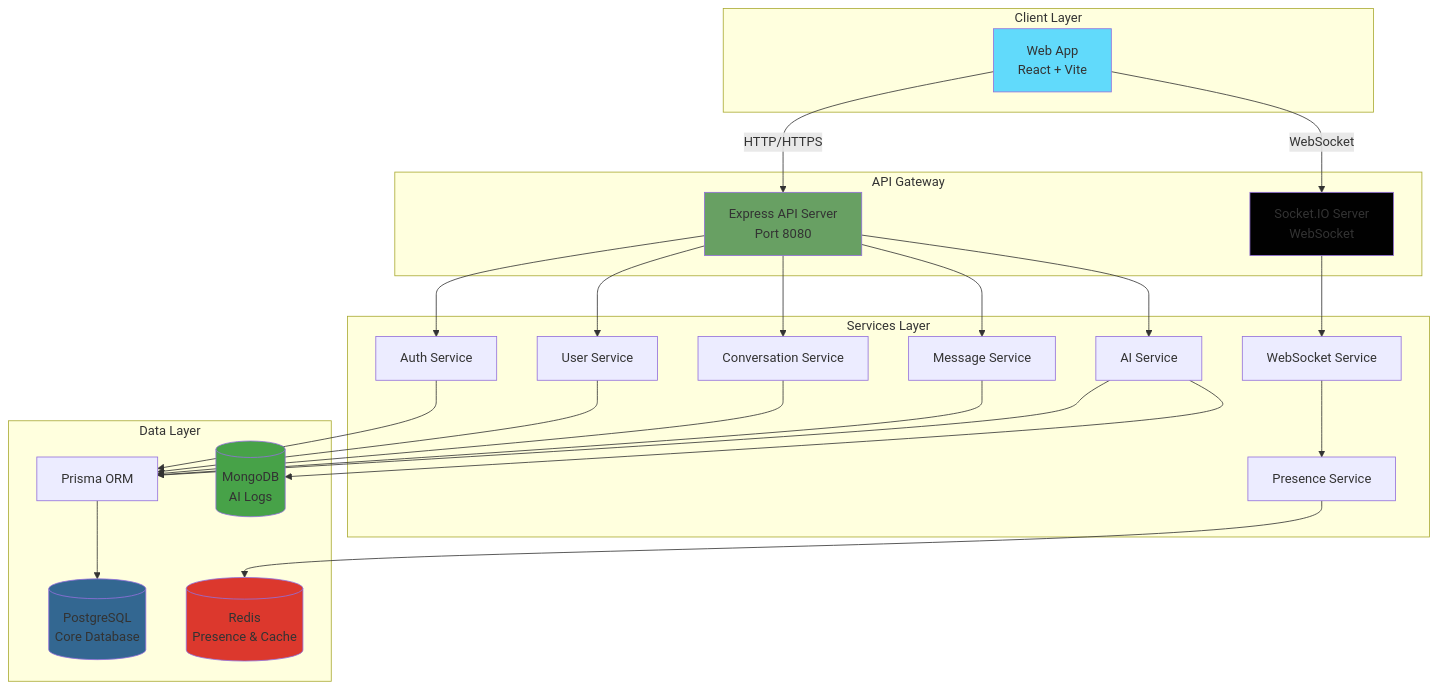
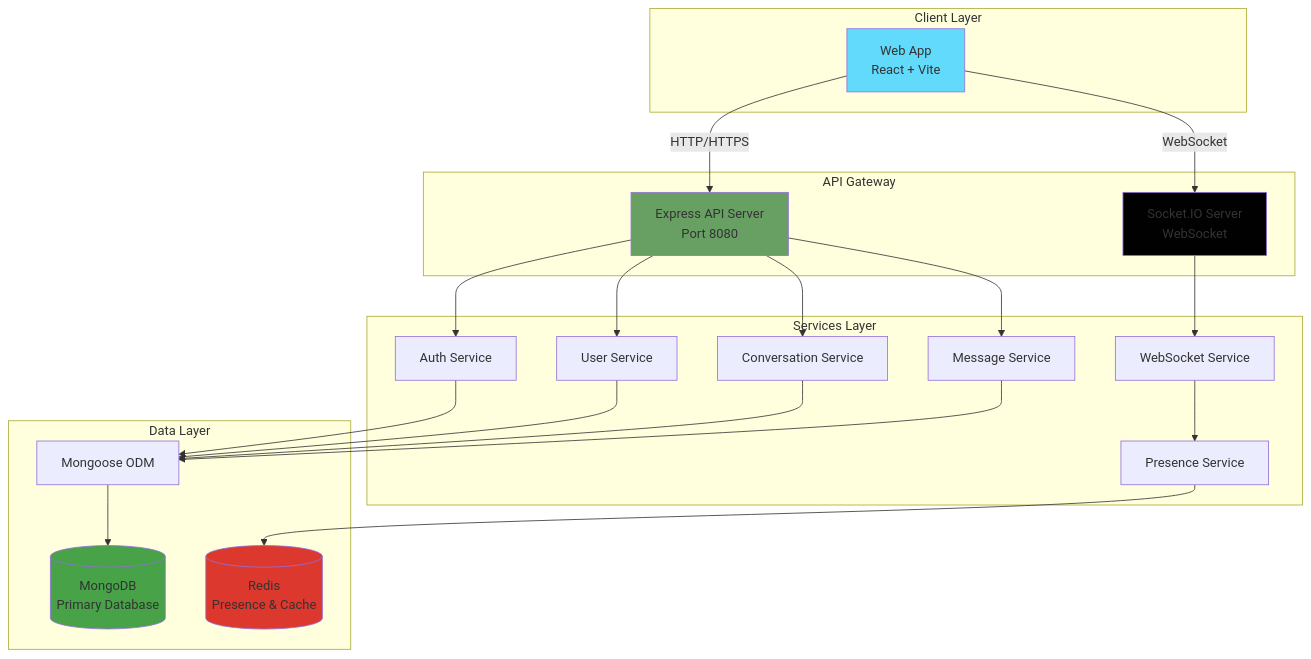
One commit to EricNguyen1206/turbo-chat changed the diagram in _docs/HIGH_LEVEL_DESIGN.md. Above: the diagram before and after it, drawn with Mermaid. The commit also changed other lines of this file and 43 other files, not shown here.

Commit message:
refactor: migrate backend from PostgreSQL/Prisma to MongoDB/Mongoose and remove AI chatbot features

````diff
--- a/_docs/HIGH_LEVEL_DESIGN.md
+++ b/_docs/HIGH_LEVEL_DESIGN.md
@@ -24,57 +21,51 @@
 ```mermaid
 graph TB
     subgraph "Client Layer"
         WEB[Web App<br/>React + Vite]
     end
-    
+
     subgraph "API Gateway"
         API[Express API Server<br/>Port 8080]
         WS[Socket.IO Server<br/>WebSocket]
     end
-    
+
     subgraph "Services Layer"
         AUTH[Auth Service]
         USER[User Service]
         CONV[Conversation Service]
         MSG[Message Service]
-        AI[AI Service]
         PRES[Presence Service]
         WSVC[WebSocket Service]
     end
-    
+
     subgraph "Data Layer"
-        PG[(PostgreSQL<br/>Core Database)]
-        PRISMA[Prisma ORM]
-        MONGO[(MongoDB<br/>AI Logs)]
+        MONGO[(MongoDB<br/>Primary Database)]
+        MONGOOSE[Mongoose ODM]
         REDIS[(Redis<br/>Presence & Cache)]
     end
-    
+
     WEB -->|HTTP/HTTPS| API
     WEB -->|WebSocket| WS
-    
+
     API --> AUTH
     API --> USER
     API --> CONV
     API --> MSG
-    API --> AI
-    
+
     WS --> WSVC
     WSVC --> PRES
-    
-    AUTH --> PRISMA
-    USER --> PRISMA
-    CONV --> PRISMA
-    MSG --> PRISMA
-    AI --> PRISMA
-    AI --> MONGO
-    
-    PRISMA --> PG
+
+    AUTH --> MONGOOSE
+    USER --> MONGOOSE
+    CONV --> MONGOOSE
+    MSG --> MONGOOSE
+
+    MONGOOSE --> MONGO
     PRES --> REDIS
-    
+
     style WEB fill:#61dafb
     style API fill:#68a063
     style WS fill:#010101
-    style PG fill:#336791
     style MONGO fill:#47a248
     style REDIS fill:#dc382d
 ```
````
